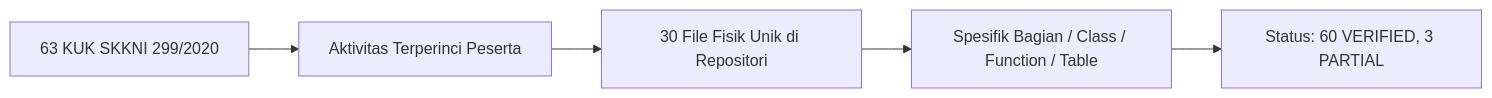
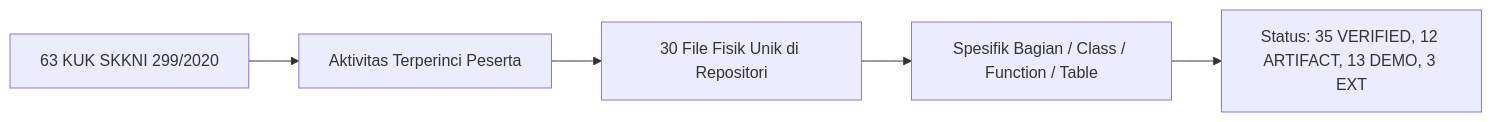
Before and after one commit to noorafaelhakimfaudka-droid/Core-Strategy-Intelligence-Platform: the diagram in reports/evidence/evidence_traceability_matrix.md, drawn with Mermaid. The commit also changed other lines of this file and 304 other files, not shown here.

````diff
--- a/reports/evidence/evidence_traceability_matrix.md
+++ b/reports/evidence/evidence_traceability_matrix.md
@@ -16,7 +16,7 @@
 ```mermaid
 flowchart LR
     KUK["63 KUK SKKNI 299/2020"] --> Act["Aktivitas Terperinci Peserta"]
     Act --> Files["30 File Fisik Unik di Repositori"]
     Files --> Scope["Spesifik Bagian / Class / Function / Table"]
-    Scope --> Status["Status: 60 VERIFIED, 3 PARTIAL"]
+    Scope --> Status["Status: 35 VERIFIED, 12 ARTIFACT, 13 DEMO, 3 EXT"]
 ```
````
